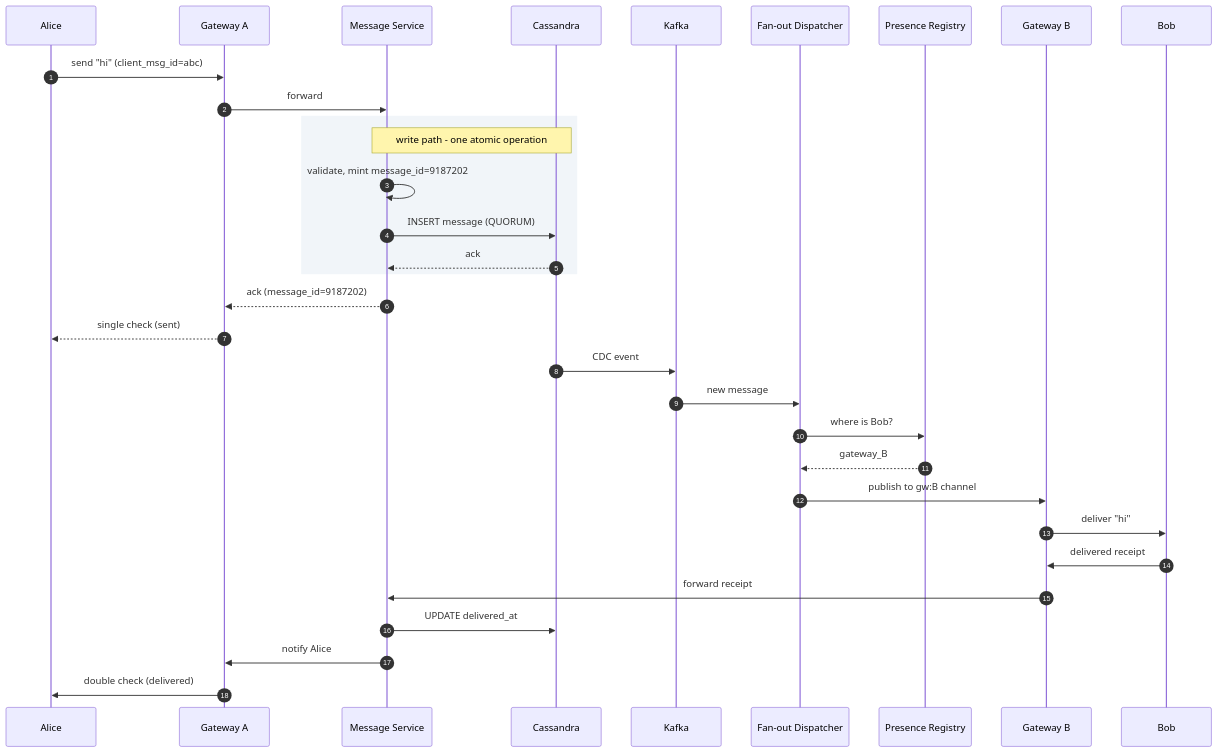
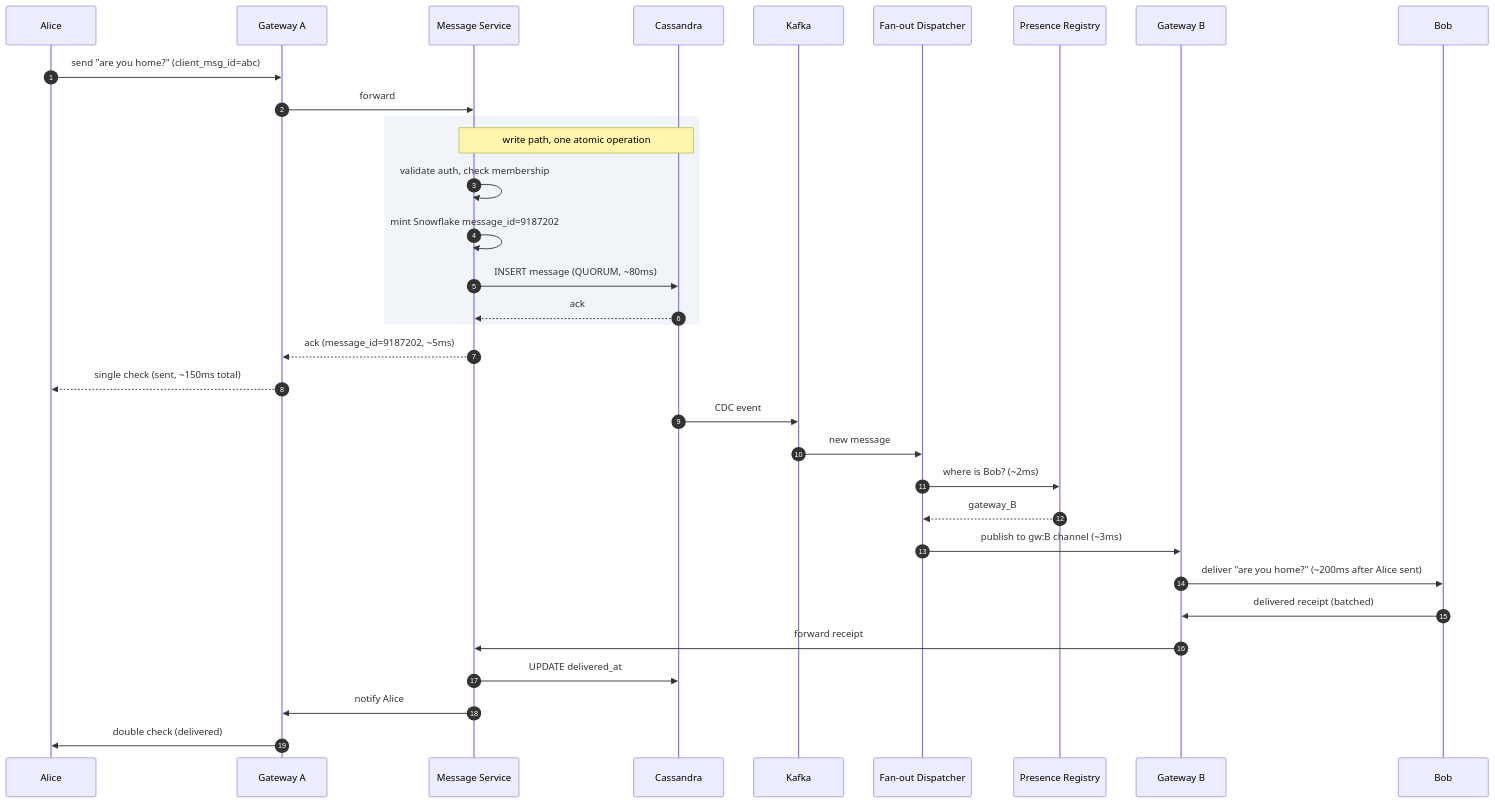
Before and after one commit to shiningflash/system-design: the ninth of 11 diagrams in problems/003-chat-system/question.md, drawn with Mermaid. The commit also changed other lines of this file and 37 other files, not shown here.

````diff
--- a/problems/003-chat-system/question.md
+++ b/problems/003-chat-system/question.md
@@ -356,37 +386,38 @@
 ```mermaid
 sequenceDiagram
     autonumber
     participant Alice
     participant GA as Gateway A
     participant MS as Message Service
     participant Cass as Cassandra
     participant K as Kafka
     participant FD as Fan-out Dispatcher
     participant PR as Presence Registry
     participant GB as Gateway B
     participant Bob
 
-    Alice->>GA: send "hi" (client_msg_id=abc)
+    Alice->>GA: send "are you home?" (client_msg_id=abc)
     GA->>MS: forward
 
     rect rgb(241, 245, 249)
-        Note over MS,Cass: write path - one atomic operation
-        MS->>MS: validate, mint message_id=9187202
-        MS->>Cass: INSERT message (QUORUM)
+        Note over MS,Cass: write path, one atomic operation
+        MS->>MS: validate auth, check membership
+        MS->>MS: mint Snowflake message_id=9187202
+        MS->>Cass: INSERT message (QUORUM, ~80ms)
         Cass-->>MS: ack
     end
 
-    MS-->>GA: ack (message_id=9187202)
-    GA-->>Alice: single check (sent)
+    MS-->>GA: ack (message_id=9187202, ~5ms)
+    GA-->>Alice: single check (sent, ~150ms total)
     Cass->>K: CDC event
     K->>FD: new message
-    FD->>PR: where is Bob?
+    FD->>PR: where is Bob? (~2ms)
     PR-->>FD: gateway_B
-    FD->>GB: publish to gw:B channel
-    GB->>Bob: deliver "hi"
-    Bob->>GB: delivered receipt
+    FD->>GB: publish to gw:B channel (~3ms)
+    GB->>Bob: deliver "are you home?" (~200ms after Alice sent)
+    Bob->>GB: delivered receipt (batched)
     GB->>MS: forward receipt
     MS->>Cass: UPDATE delivered_at
     MS->>GA: notify Alice
     GA->>Alice: double check (delivered)
 ```
````
